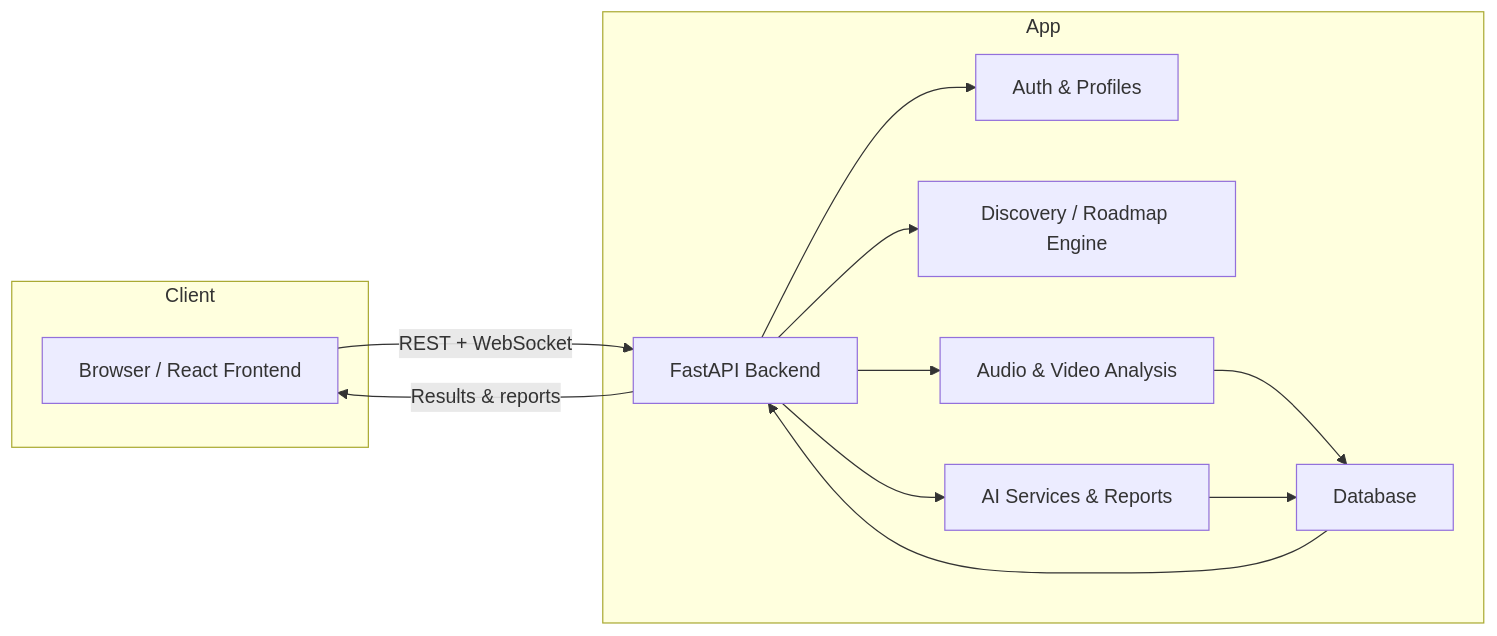
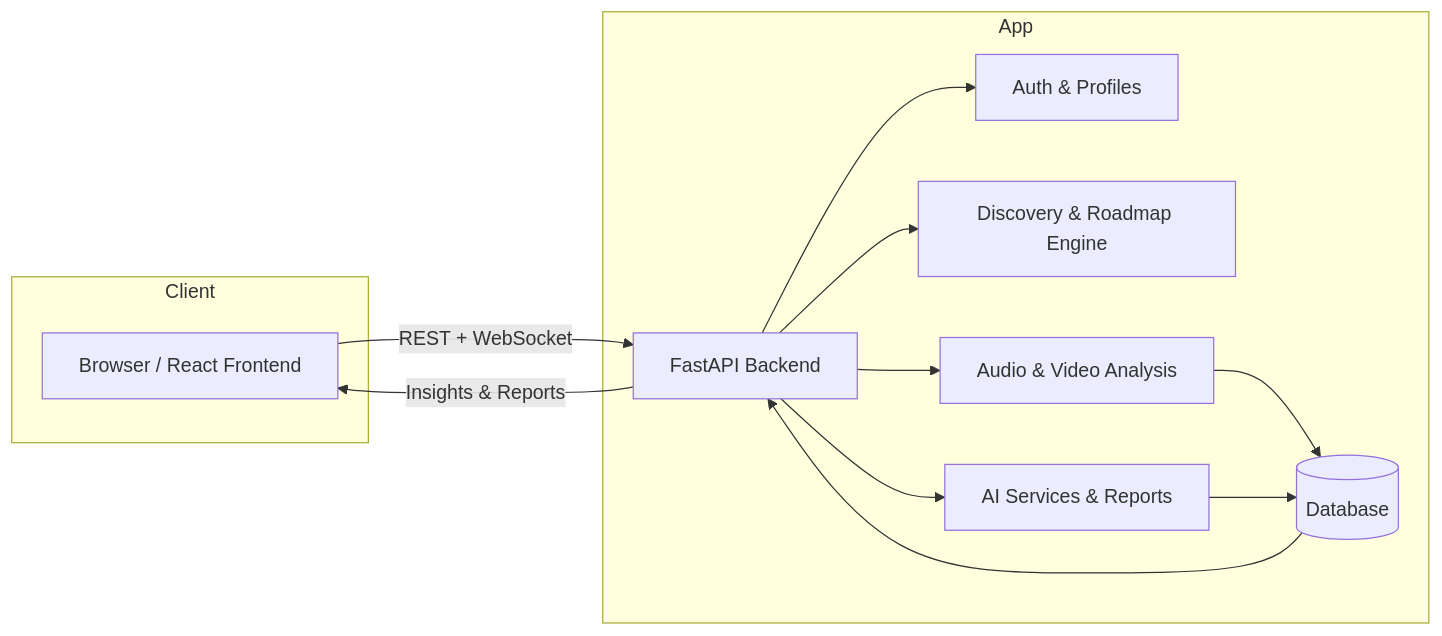
Before and after one commit to logiclayer0/PERSONA_PRIME: the first of 2 diagrams in README.md, drawn with Mermaid. The commit also changed other lines of this file, not shown here.

Commit message:
docs: refresh README with polished GitHub styling, badges, Mermaid, LaTeX, alerts, collapsible sections, and keyboard shortcut formatting

````diff
--- a/README.md
+++ b/README.md
@@ -49,25 +61,25 @@
 ```mermaid
 flowchart LR
   subgraph Client
     A[Browser / React Frontend]
   end
 
   subgraph App
     B[FastAPI Backend]
     C[Auth & Profiles]
-    D[Discovery / Roadmap Engine]
+    D[Discovery & Roadmap Engine]
     E[Audio & Video Analysis]
     F[AI Services & Reports]
-    G[Database]
+    G[(Database)]
   end
 
   A -->|REST + WebSocket| B
   B --> C
   B --> D
   B --> E
   B --> F
   E --> G
   F --> G
   G --> B
-  B -->|Results & reports| A
+  B -->|Insights & Reports| A
 ```
````
